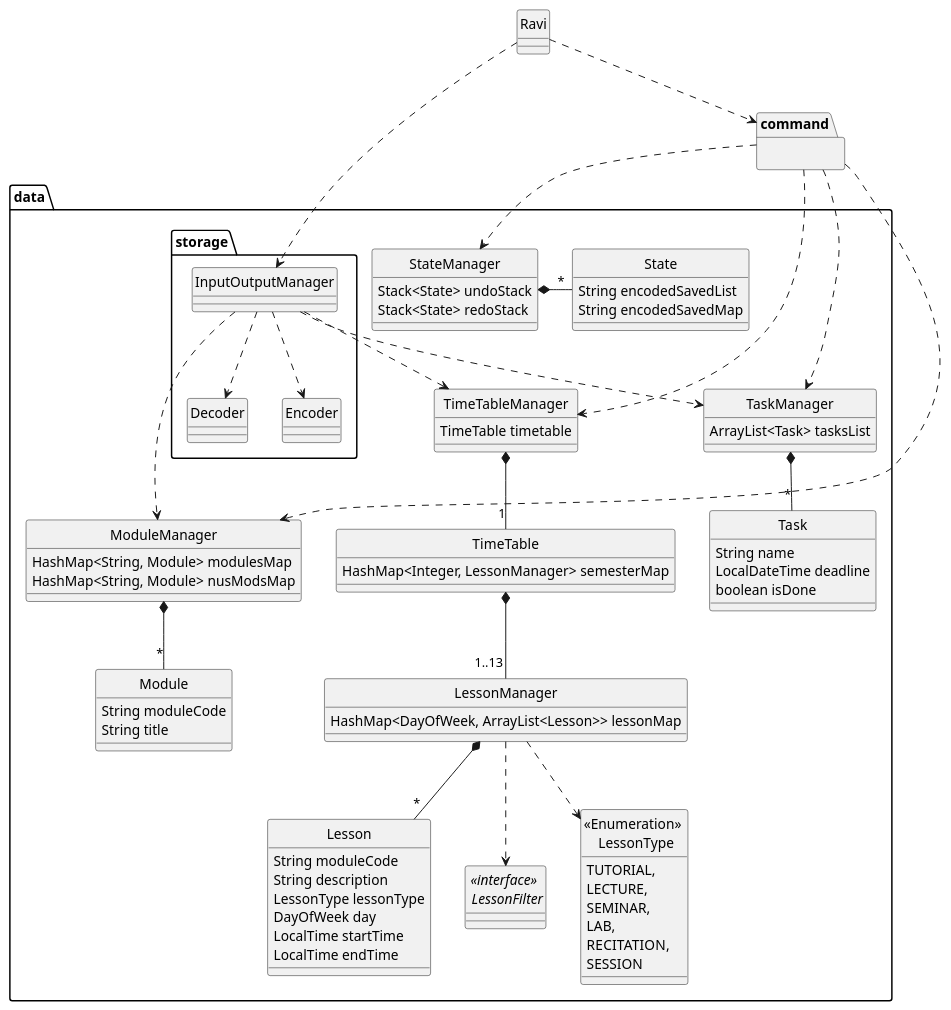
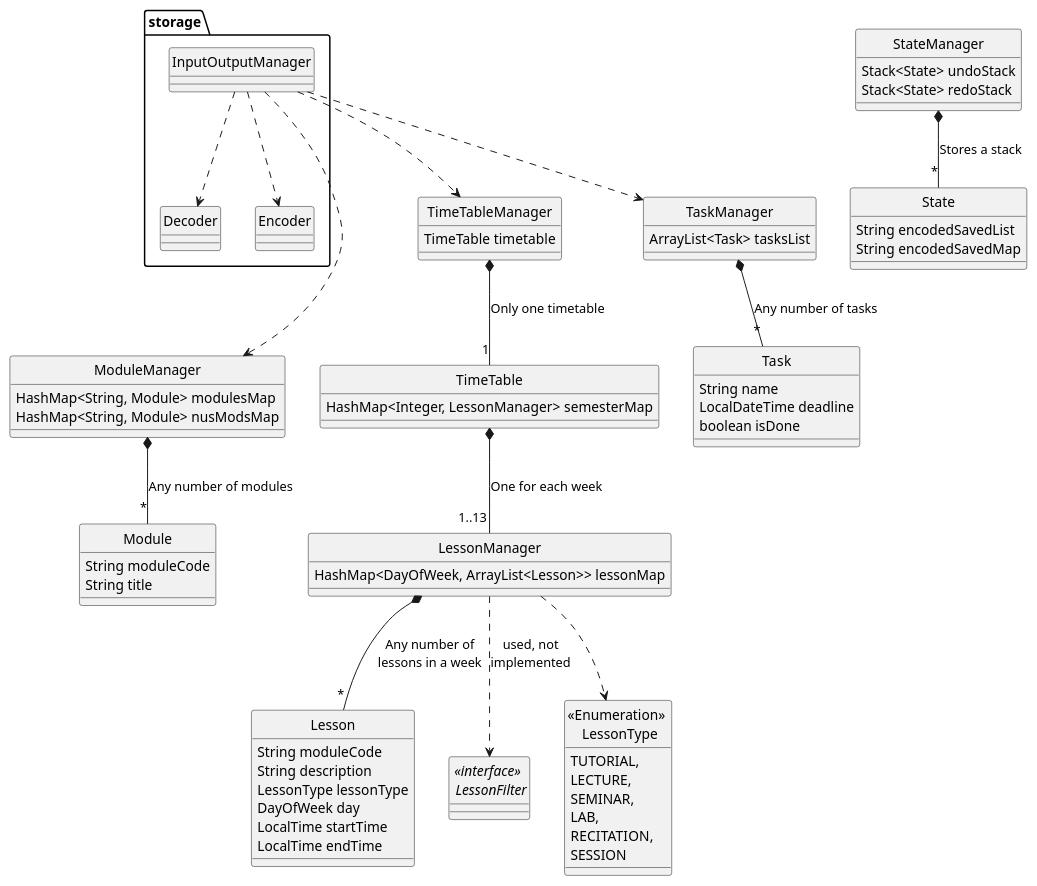
Before and after one commit to wangqinNick/tp: the diagram in docs/diagrams/UML/DataClassDiagram.puml, drawn with PlantUML. The commit also changed 1 other file, not shown here.

Commit message:
Changes to DataClassDiagram

```diff
--- a/docs/diagrams/UML/DataClassDiagram.puml
+++ b/docs/diagrams/UML/DataClassDiagram.puml
@@ -1,92 +1,82 @@
 @startuml
 
 hide circle
 skinparam classAttributeIconSize 0
 
-    package data {
-    package storage {
-        class InputOutputManager
-        class Decoder
-        class Encoder
+package storage {
+    class InputOutputManager
+    class Decoder
+    class Encoder
 
-        InputOutputManager ..> Decoder
-        InputOutputManager ..> Encoder
-    }
+    InputOutputManager ..> Decoder
+    InputOutputManager ..> Encoder
+}
 
-    class Module {
-        String moduleCode
-        String title
-    }
-    class ModuleManager {
-        HashMap<String, Module> modulesMap
-        HashMap<String, Module> nusModsMap
-    }
-    ModuleManager *-- "*"  Module
-    InputOutputManager ...> ModuleManager
+class Module {
+    String moduleCode
+    String title
+}
+class ModuleManager {
+    HashMap<String, Module> modulesMap
+    HashMap<String, Module> nusModsMap
+}
+ModuleManager *-- "*"  Module : Any number of modules
+InputOutputManager ...> ModuleManager
 
-    class TimeTable {
-        HashMap<Integer, LessonManager> semesterMap
-    }
-    class TimeTableManager {
-        TimeTable timetable
-    }
-    TimeTableManager *-- "1" TimeTable
-    TimeTable *-- "1..13" LessonManager
+class TimeTable {
+    HashMap<Integer, LessonManager> semesterMap
+}
+class TimeTableManager {
+    TimeTable timetable
+}
+TimeTableManager *-- "1" TimeTable : Only one timetable
+TimeTable *-- "1..13" LessonManager : One for each week
 
-    class Task {
-        String name
-        LocalDateTime deadline
-        boolean isDone
-    }
-    class TaskManager {
-        ArrayList<Task> tasksList
-    }
-    TaskManager *-- "*" Task
-    InputOutputManager ..> TaskManager
+class Task {
+    String name
+    LocalDateTime deadline
+    boolean isDone
+}
+class TaskManager {
+    ArrayList<Task> tasksList
+}
+TaskManager *-- "*" Task : Any number of tasks
+InputOutputManager ..> TaskManager
 
-    class State {
-        String encodedSavedList
-        String encodedSavedMap
-    }
-    class StateManager {
-        Stack<State> undoStack
-        Stack<State> redoStack
-    }
-    StateManager *- "*" State
+class State {
+    String encodedSavedList
+    String encodedSavedMap
+}
+class StateManager {
+    Stack<State> undoStack
+    Stack<State> redoStack
+}
+StateManager *-down- "*" State : Stores a stack
 
-    class Lesson {
-        String moduleCode
-        String description
-        LessonType lessonType
-        DayOfWeek day
-        LocalTime startTime
-        LocalTime endTime
-    }
-    class LessonManager {
-        HashMap<DayOfWeek, ArrayList<Lesson>> lessonMap
-    }
-    interface "<<interface>> \n LessonFilter"
-    enum "<<Enumeration>> \n LessonType" {
-        TUTORIAL,
-        LECTURE,
-        SEMINAR,
-        LAB,
-        RECITATION,
-        SESSION
-    }
-    LessonManager *-- "*"  Lesson
-    LessonManager ..> "<<Enumeration>> \n LessonType"
-    LessonManager ..> "<<interface>> \n LessonFilter"
-    InputOutputManager ..> TimeTableManager
+class Lesson {
+    String moduleCode
+    String description
+    LessonType lessonType
+    DayOfWeek day
+    LocalTime startTime
+    LocalTime endTime
 }
-package command{
+class LessonManager {
+    HashMap<DayOfWeek, ArrayList<Lesson>> lessonMap
 }
-class Ravi
-Ravi ..> command
-Ravi ..> InputOutputManager
-command ..> TimeTableManager
-command ..> TaskManager
-command ..> ModuleManager
-command ..> StateManager
+interface "<<interface>> \n LessonFilter"
+enum "<<Enumeration>> \n LessonType" {
+    TUTORIAL,
+    LECTURE,
+    SEMINAR,
+    LAB,
+    RECITATION,
+    SESSION
+}
+LessonManager *-- "*"  Lesson : Any number of\nlessons in a week
+LessonManager ..> "<<Enumeration>> \n LessonType"
+LessonManager ..> "<<interface>> \n LessonFilter" : used, not\nimplemented
+InputOutputManager ..> TimeTableManager
+
 
 @enduml
```
